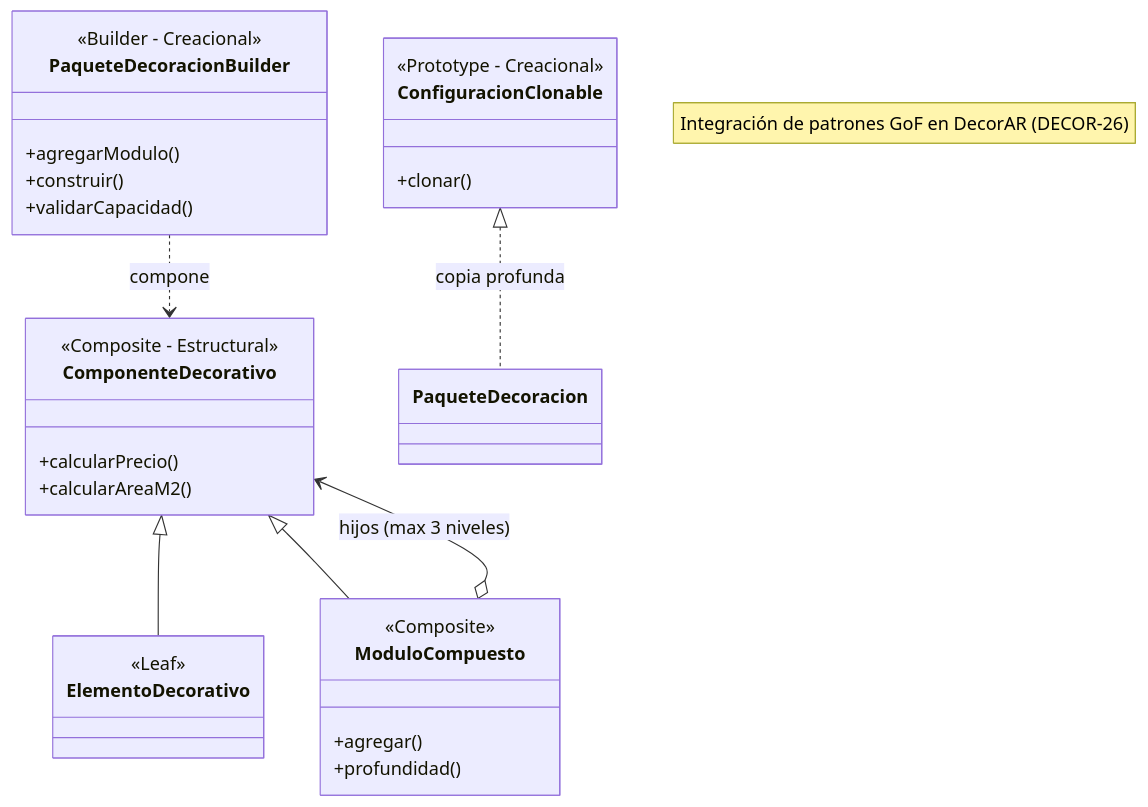
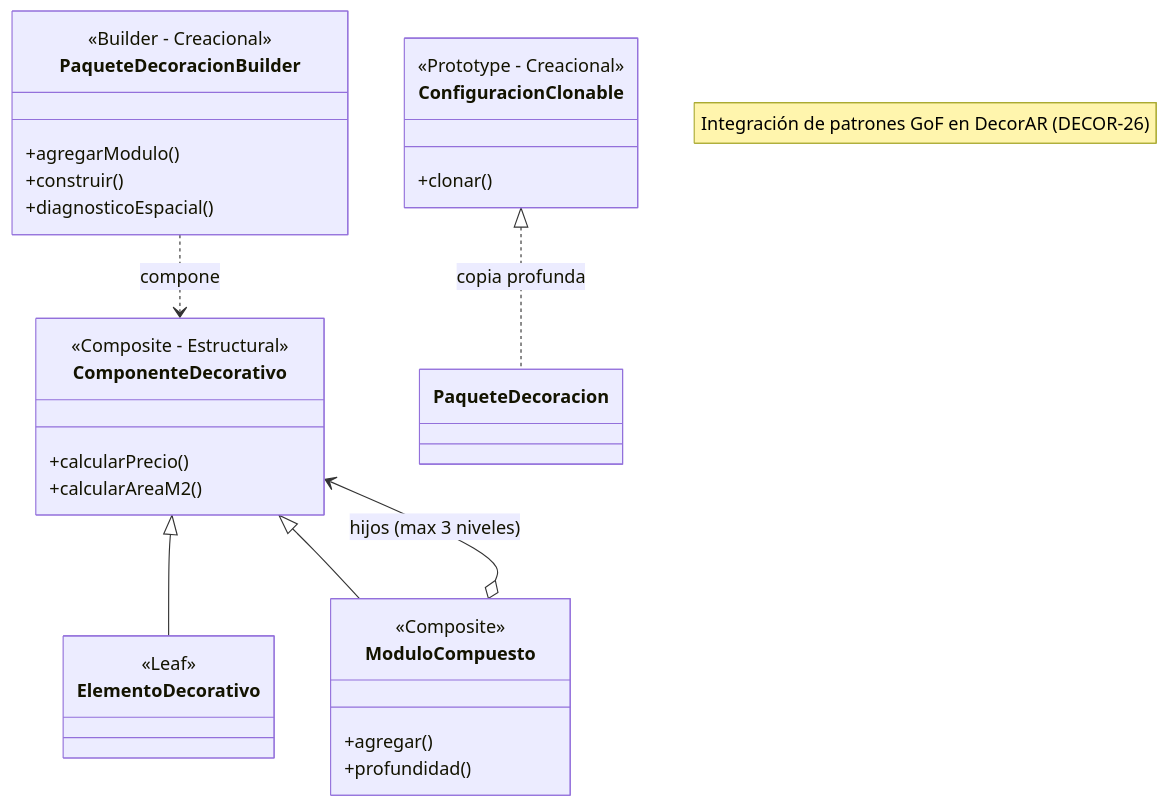
Before and after one commit to josemestre3009/DecorAr: the third of 7 diagrams in docs/DecorAR.md, drawn with Mermaid. The commit also changed other lines of this file and 203 other files, not shown here.

````diff
--- a/docs/DecorAR.md
+++ b/docs/DecorAR.md
@@ -304,32 +314,32 @@
 ```mermaid
 classDiagram
     note "Integración de patrones GoF en DecorAR (DECOR-26)"
     class PaqueteDecoracionBuilder {
         <<Builder - Creacional>>
         +agregarModulo()
         +construir()
-        +validarCapacidad()
+        +diagnosticoEspacial()
     }
     class ConfiguracionClonable {
         <<Prototype - Creacional>>
         +clonar()
     }
     class ComponenteDecorativo {
         <<Composite - Estructural>>
         +calcularPrecio()
         +calcularAreaM2()
     }
     class ElementoDecorativo {
         <<Leaf>>
     }
     class ModuloCompuesto {
         <<Composite>>
         +agregar()
         +profundidad()
     }
     ComponenteDecorativo <|-- ElementoDecorativo
     ComponenteDecorativo <|-- ModuloCompuesto
     ModuloCompuesto o--> ComponenteDecorativo : hijos (max 3 niveles)
     PaqueteDecoracionBuilder ..> ComponenteDecorativo : compone
     ConfiguracionClonable <|.. PaqueteDecoracion : copia profunda
 ```
````
